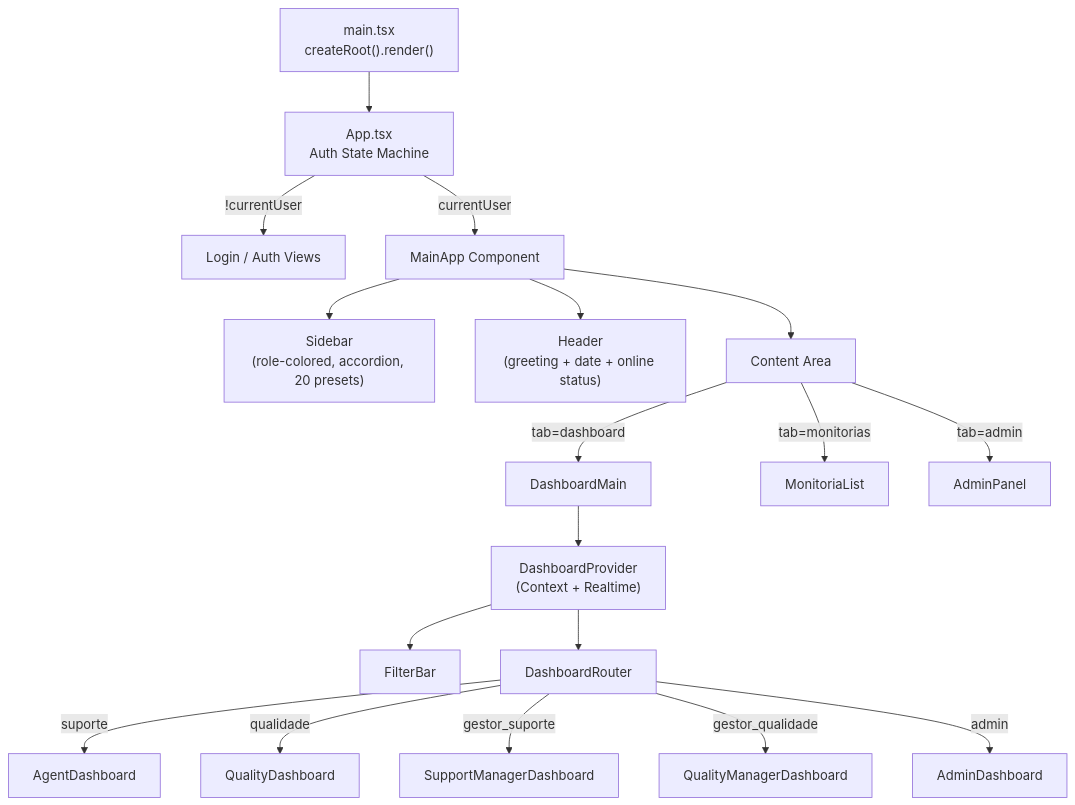
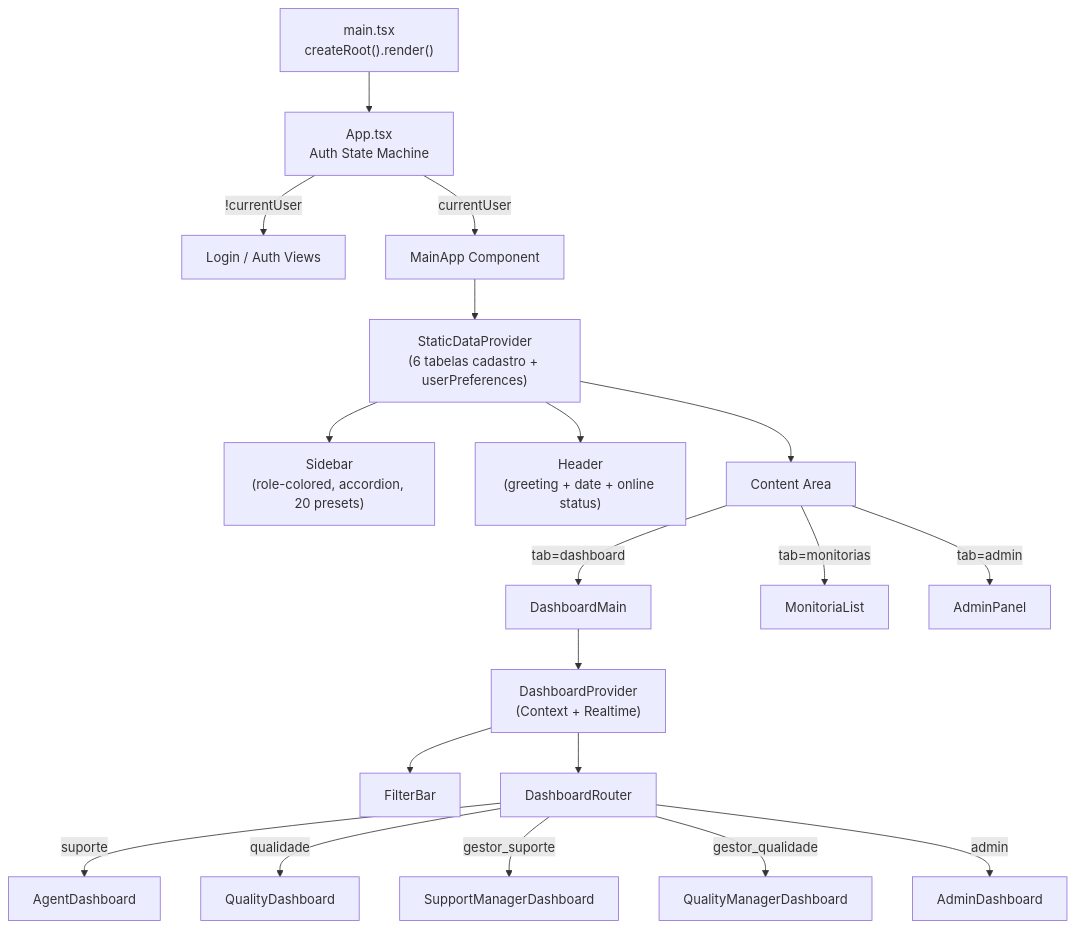
Before and after one commit to allanscode/QualiTrack: the diagram in docs/architecture/frontend.md, drawn with Mermaid. The commit also changed other lines of this file and 4 other files, not shown here.

First line of the commit message:
docs: update AGENTS.md, frontend.md, system-overview.md, schema.md for StaticDataContext + user_preferences

````diff
--- a/docs/architecture/frontend.md
+++ b/docs/architecture/frontend.md
@@ -262,28 +307,29 @@
 ```mermaid
 graph TD
-    main["main.tsx<br/>createRoot().render()"]
-    app["App.tsx<br/>Auth State Machine"]
+main["main.tsx<br/>createRoot().render()"]
+app["App.tsx<br/>Auth State Machine"]
 
-    main --> app
+main --> app
 
-    app -->|"!currentUser"| login["Login / Auth Views"]
-    app -->|"currentUser"| mainApp["MainApp Component"]
+app -->|"!currentUser"| login["Login / Auth Views"]
+app -->|"currentUser"| mainApp["MainApp Component"]
 
-    mainApp --> sidebar["Sidebar<br/>(role-colored, accordion, 20 presets)"]
-    mainApp --> header["Header<br/>(greeting + date + online status)"]
-    mainApp --> content["Content Area"]
+mainApp --> staticCtx["StaticDataProvider<br/>(6 tabelas cadastro + userPreferences)"]
+staticCtx --> sidebar["Sidebar<br/>(role-colored, accordion, 20 presets)"]
+staticCtx --> header["Header<br/>(greeting + date + online status)"]
+staticCtx --> content["Content Area"]
 
-    content -->|"tab=dashboard"| dashMain["DashboardMain"]
-    content -->|"tab=monitorias"| monList["MonitoriaList"]
-    content -->|"tab=admin"| admin["AdminPanel"]
+content -->|"tab=dashboard"| dashMain["DashboardMain"]
+content -->|"tab=monitorias"| monList["MonitoriaList"]
+content -->|"tab=admin"| admin["AdminPanel"]
 
-    dashMain --> provider["DashboardProvider<br/>(Context + Realtime)"]
-    provider --> filterBar["FilterBar"]
-    provider --> router["DashboardRouter"]
+dashMain --> provider["DashboardProvider<br/>(Context + Realtime)"]
+provider --> filterBar["FilterBar"]
+provider --> router["DashboardRouter"]
 
-    router -->|"suporte"| agentDash["AgentDashboard"]
-    router -->|"qualidade"| qualDash["QualityDashboard"]
-    router -->|"gestor_suporte"| supMgr["SupportManagerDashboard"]
-    router -->|"gestor_qualidade"| qualMgr["QualityManagerDashboard"]
-    router -->|"admin"| adminDash["AdminDashboard"]
+router -->|"suporte"| agentDash["AgentDashboard"]
+router -->|"qualidade"| qualDash["QualityDashboard"]
+router -->|"gestor_suporte"| supMgr["SupportManagerDashboard"]
+router -->|"gestor_qualidade"| qualMgr["QualityManagerDashboard"]
+router -->|"admin"| adminDash["AdminDashboard"]
 ```
````
